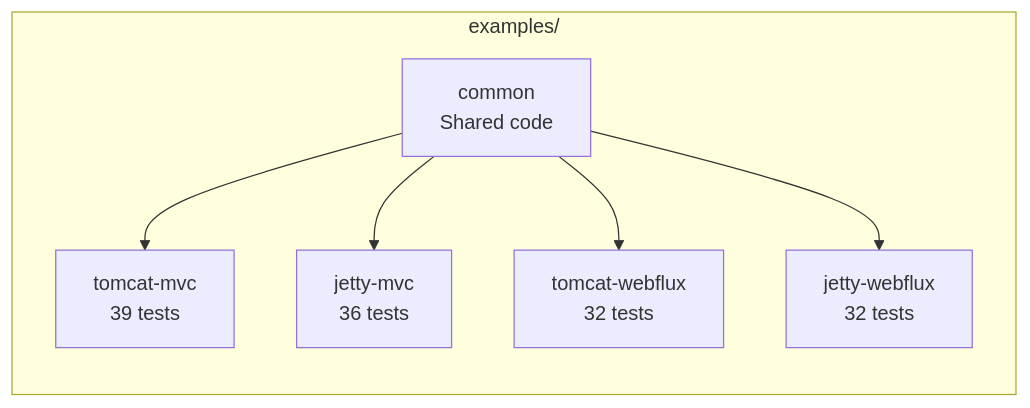
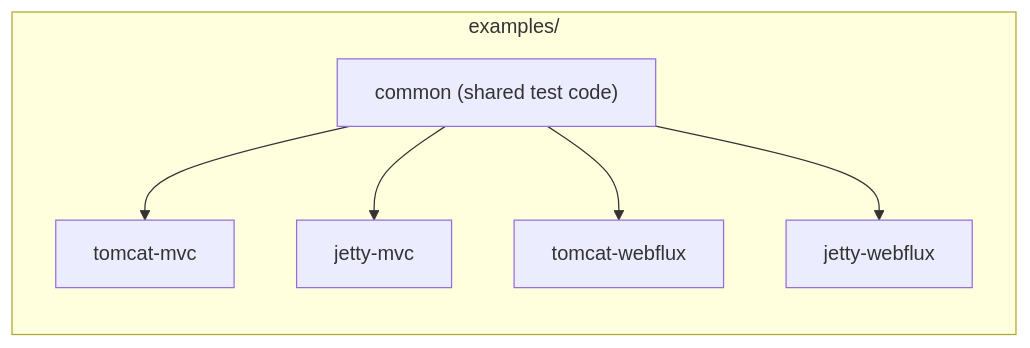
One commit to seijikohara/logback-access-spring-boot-starter changed the first of 4 diagrams in examples/README.md. Above: the diagram before and after it, drawn with Mermaid. The commit also changed other lines of this file and 19 other files, not shown here.

````diff
--- a/examples/README.md
+++ b/examples/README.md
@@ -7,16 +7,16 @@
 ```mermaid
 flowchart TB
-    subgraph examples/
+    subgraph ex["examples/"]
         direction TB
-        common[common<br/>Shared code]
-        tomcat-mvc[tomcat-mvc<br/>39 tests]
-        jetty-mvc[jetty-mvc<br/>36 tests]
-        tomcat-webflux[tomcat-webflux<br/>32 tests]
-        jetty-webflux[jetty-webflux<br/>32 tests]
+        common["common (shared test code)"]
+        tm["tomcat-mvc"]
+        jm["jetty-mvc"]
+        tw["tomcat-webflux"]
+        jw["jetty-webflux"]
 
-        common --> tomcat-mvc
-        common --> jetty-mvc
-        common --> tomcat-webflux
-        common --> jetty-webflux
+        common --> tm
+        common --> jm
+        common --> tw
+        common --> jw
     end
 ```
````
